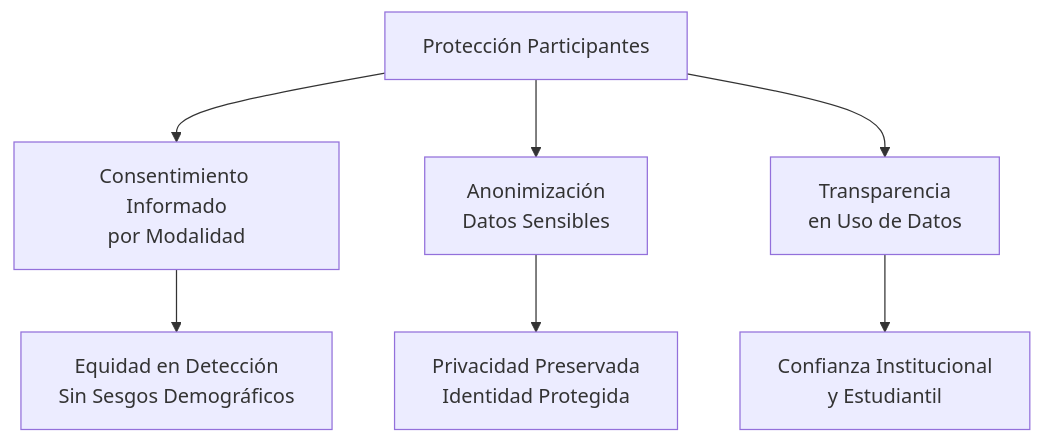
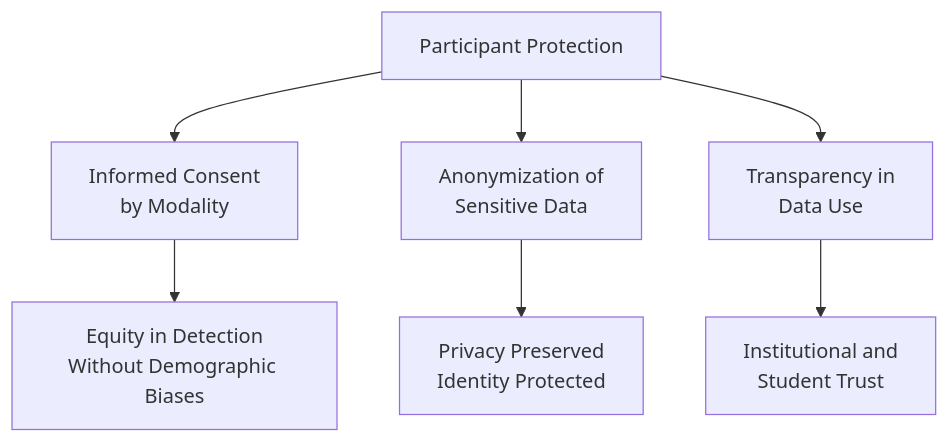
The seventh of 7 diagrams in _projects/2_project.md (VerbaNexAI/verbanexai.github.io), drawn with Mermaid before and after one commit. The commit also changed other lines of this file, not shown here.

````diff
--- a/_projects/2_project.md
+++ b/_projects/2_project.md
@@ -173,10 +173,10 @@
 ```mermaid
 graph TD
-    A[Protección Participantes] --> B[Consentimiento Informado<br>por Modalidad]
-    A --> C[Anonimización<br>Datos Sensibles]
-    A --> D[Transparencia<br>en Uso de Datos]
+    A[Participant Protection] --> B[Informed Consent<br>by Modality]
+    A --> C[Anonymization of<br>Sensitive Data]
+    A --> D[Transparency in<br>Data Use]
     
-    B --> E[Equidad en Detección<br>Sin Sesgos Demográficos]
-    C --> F[Privacidad Preservada<br>Identidad Protegida]
-    D --> G[Confianza Institucional<br>y Estudiantil]
+    B --> E[Equity in Detection<br>Without Demographic Biases]
+    C --> F[Privacy Preserved<br>Identity Protected]
+    D --> G[Institutional and<br>Student Trust]
 ```
````
